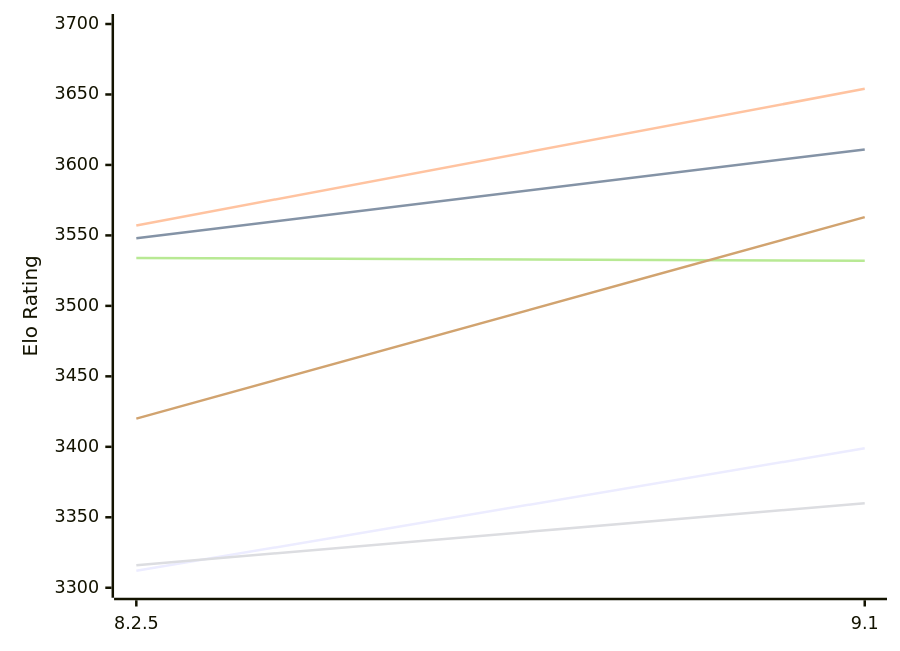
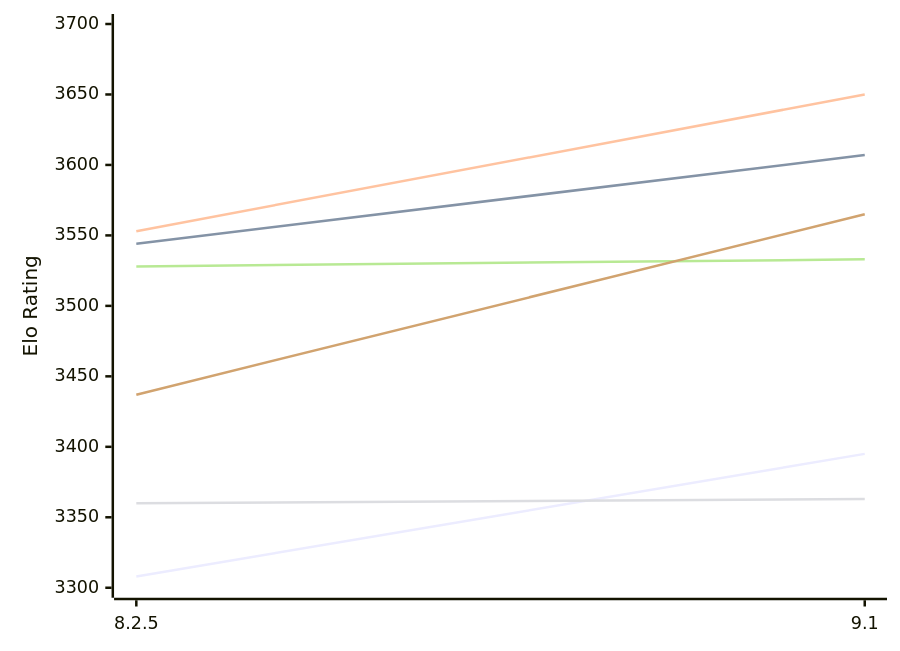
The first of 2 diagrams in engines/Clover.md (computer-chess-index/cci), drawn with Mermaid before and after one commit. The commit also changed other lines of this file, not shown here.

Commit message:
Update CCI Ratings (ELO VLTC) - 2026-11-21

````diff
--- a/engines/Clover.md
+++ b/engines/Clover.md
@@ -52,12 +52,12 @@
 ```mermaid
 %%{init: {"theme":"base","themeVariables":{"seriesColors:['#a3a3a3','#222221','#faa371']}}}%%
 xychart-beta
   x-axis ["8.2.5", "9.1"]
   y-axis "Elo Rating" 3300 --> 3700
-  line "E1: STC (8.0+0.08s)" [3312, 3399]
-  line "E1: LTC (60.0+0.60s)" [3548, 3611]
-  line "E1: VLTC (2m24s+1.12s)" [3557, 3654]
-  line "P1: STC (8.0+0.08s)" [3316, 3360]
-  line "P1: LTC (60.0+0.60s)" [3534, 3532]
-  line "P1: VLTC (2m24s+1.12s)" [3420, 3563]
+  line "E1: STC (8.0+0.08s)" [3308, 3395]
+  line "E1: LTC (60.0+0.60s)" [3544, 3607]
+  line "E1: VLTC (2m24s+1.12s)" [3553, 3650]
+  line "P1: STC (8.0+0.08s)" [3360, 3363]
+  line "P1: LTC (60.0+0.60s)" [3528, 3533]
+  line "P1: VLTC (2m24s+1.12s)" [3437, 3565]
 ```
````
